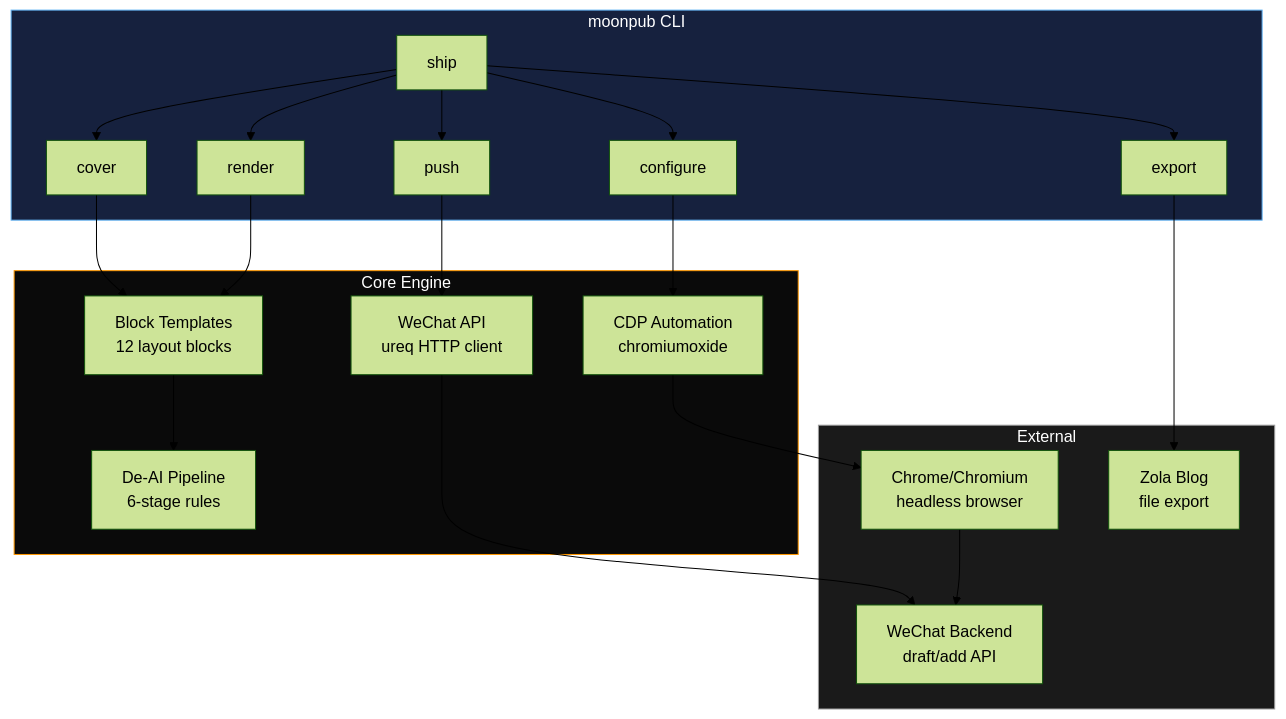
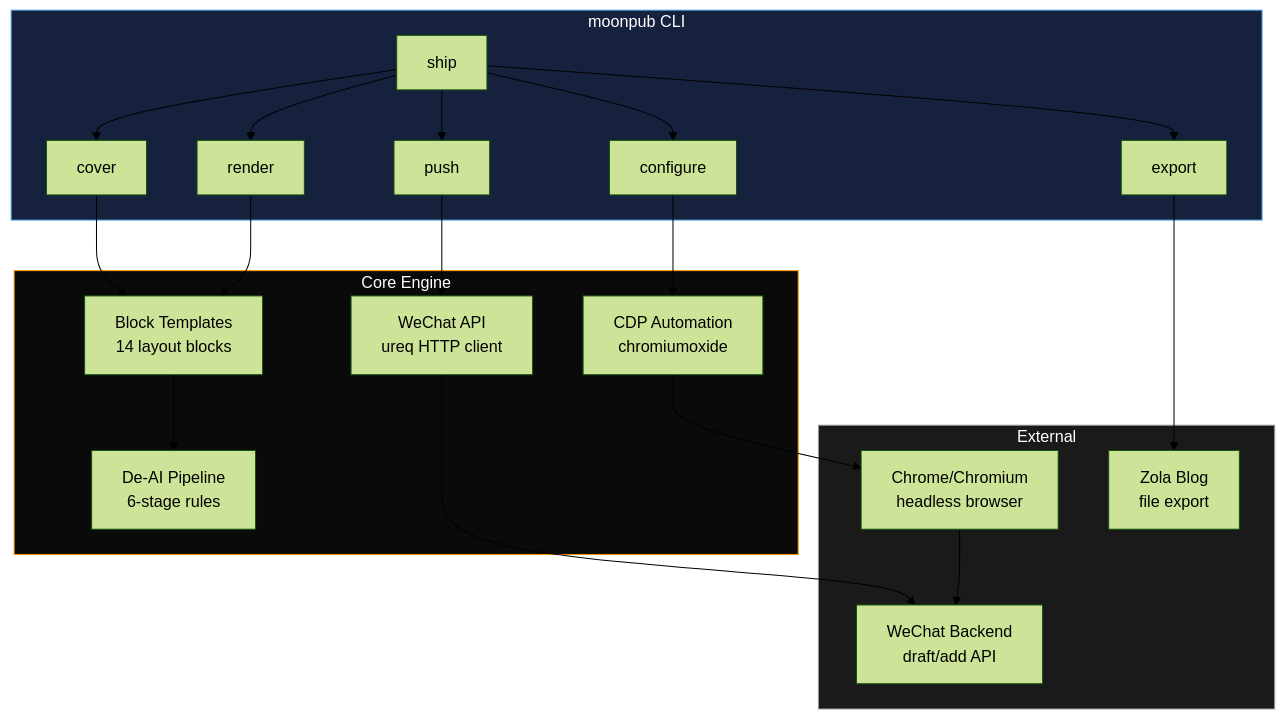
The second of 2 diagrams in README.md (qiaopengjun5162/moonpub), drawn with Mermaid (forest theme) before and after one commit. The commit also changed other lines of this file and 29 other files, not shown here.

````diff
--- a/README.md
+++ b/README.md
@@ -59,34 +59,34 @@
 ```mermaid
 graph TB
     subgraph CLI["moonpub CLI"]
         ship["ship"]
         cover["cover"]
         render["render"]
         push["push"]
         configure["configure"]
         export["export"]
     end
 
     subgraph Core["Core Engine"]
-        Block["Block Templates<br/>12 layout blocks"]
+        Block["Block Templates<br/>14 layout blocks"]
         Humanize["De-AI Pipeline<br/>6-stage rules"]
         WechatAPI["WeChat API<br/>ureq HTTP client"]
         CDP["CDP Automation<br/>chromiumoxide"]
     end
 
     subgraph External["External"]
         WX["WeChat Backend<br/>draft/add API"]
         Chrome["Chrome/Chromium<br/>headless browser"]
         Blog["Zola Blog<br/>file export"]
     end
 
     ship --> cover --> Block
     ship --> render --> Block --> Humanize
     ship --> push --> WechatAPI --> WX
     ship --> configure --> CDP --> Chrome --> WX
     ship --> export --> Blog
 
     style CLI fill:#16213e,stroke:#64b5f6,color:#fff
     style Core fill:#0a0a0a,stroke:#ff9800,color:#fff
     style External fill:#1a1a1a,stroke:#9e9e9e,color:#fff
 ```
````
